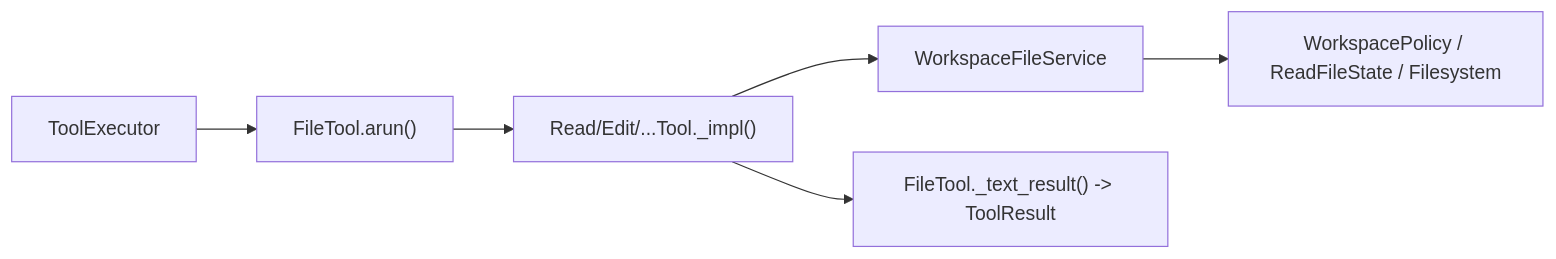
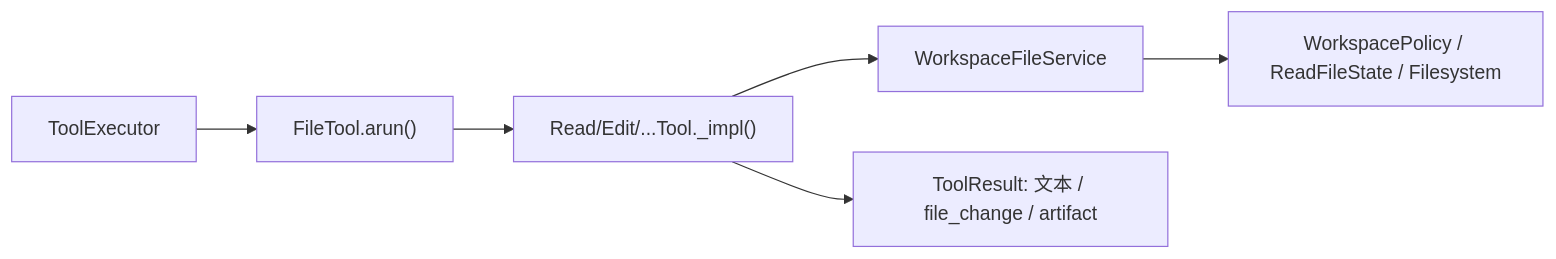
One commit to Tsubaki-01/Iris changed the second of 2 diagrams in src/iris/tools/README.md. Above: the diagram before and after it, drawn with Mermaid. The commit also changed other lines of this file and 17 other files, not shown here.

````diff
--- a/src/iris/tools/README.md
+++ b/src/iris/tools/README.md
@@ -402,8 +416,8 @@
 ```mermaid
 flowchart LR
     Executor["ToolExecutor"] --> Adapter["FileTool.arun()"]
     Adapter --> Impl["Read/Edit/...Tool._impl()"]
     Impl --> Service["WorkspaceFileService"]
     Service --> Boundary["WorkspacePolicy / ReadFileState / Filesystem"]
-    Impl --> Result["FileTool._text_result() -> ToolResult"]
+    Impl --> Result["ToolResult: 文本 / file_change / artifact"]
 ```
````
